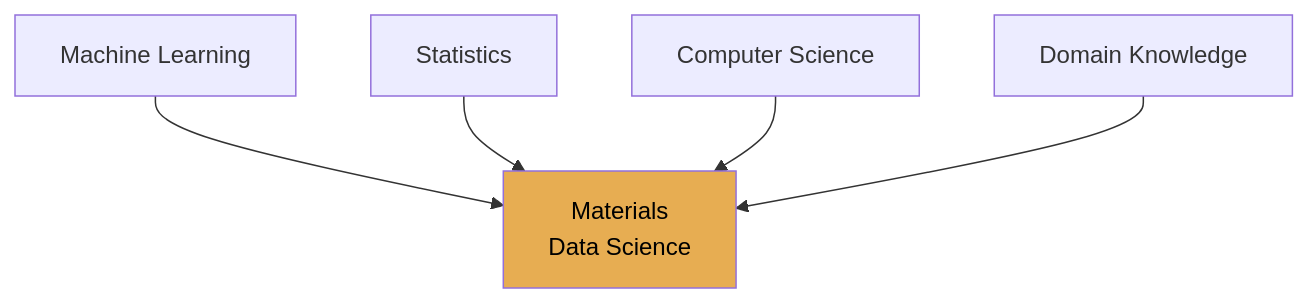
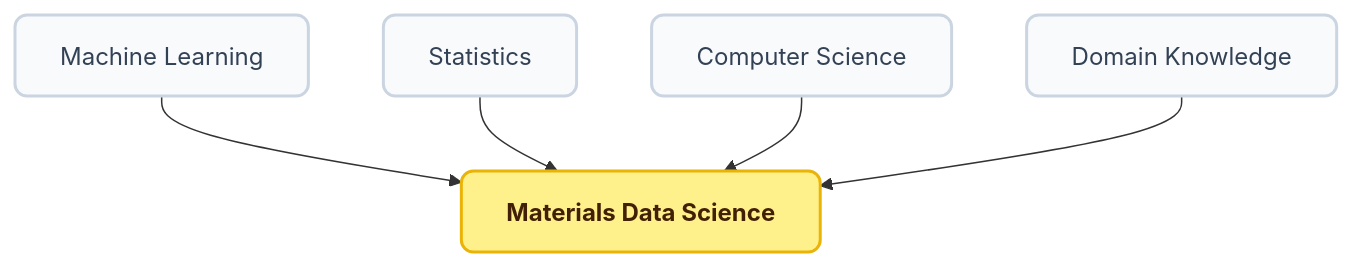
The second of 5 diagrams in ml_for_characterization_and_processing/unit01_intro/01_intro.qmd (ECLIPSE-Lab/public_presentations), drawn with Mermaid before and after one commit. The commit also changed other lines of this file and 64 other files, not shown here.

````diff
--- a/ml_for_characterization_and_processing/unit01_intro/01_intro.qmd
+++ b/ml_for_characterization_and_processing/unit01_intro/01_intro.qmd
@@ -204,8 +213,13 @@
 ```{mermaid}
-graph TD
-    ML["Machine Learning"] --> MDS["Materials<br>Data Science"]
+%%| echo: false
+%%| fig-align: center
+flowchart TD
+    %% Styling
+    classDef default fill:#f8fafc,stroke:#cbd5e1,stroke-width:2px,color:#334155,rx:8px,ry:8px,font-family:Inter;
+    classDef highlight fill:#fef08a,stroke:#eab308,stroke-width:2px,color:#422006,rx:8px,ry:8px,font-weight:bold,font-family:Inter;
+
+    ML["Machine Learning"] --> MDS["Materials Data Science"]:::highlight
     Stats["Statistics"] --> MDS
     CS["Computer Science"] --> MDS
     DK["Domain Knowledge"] --> MDS
-    style MDS fill:#e7ad52,color:#000
 ```
````
